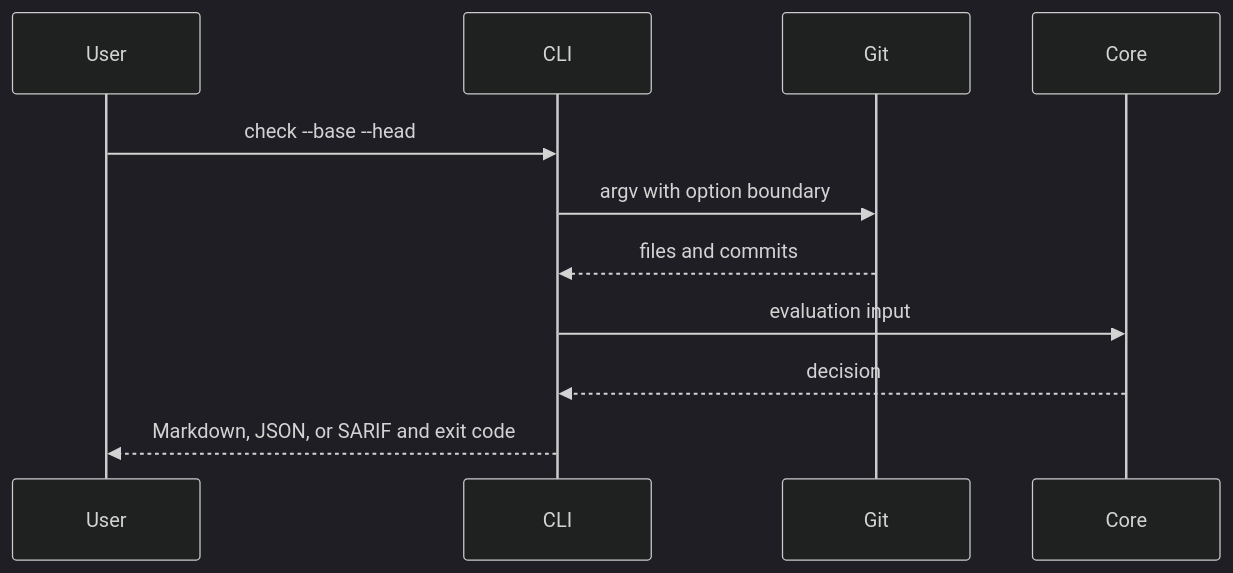
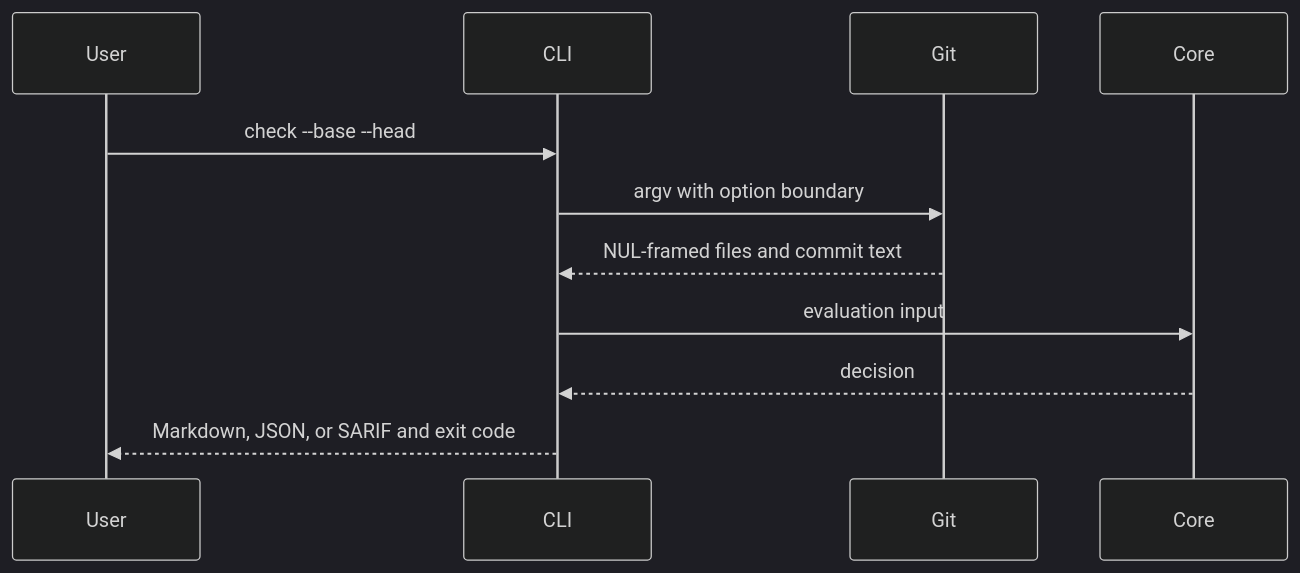
The second of 4 diagrams in packages/cli/AGENTS.md (streamentry/AGENTOWNERS), drawn with Mermaid (dark theme) before and after one commit. The commit also changed other lines of this file and 13 other files, not shown here.

Commit message:
fix(cli): preserve adversarial Git paths

````diff
--- a/packages/cli/AGENTS.md
+++ b/packages/cli/AGENTS.md
@@ -33,13 +36,13 @@
 ```mermaid
 sequenceDiagram
   participant User
   participant CLI
   participant Git
   participant Core
   User->>CLI: check --base --head
   CLI->>Git: argv with option boundary
-  Git-->>CLI: files and commits
+  Git-->>CLI: NUL-framed files and commit text
   CLI->>Core: evaluation input
   Core-->>CLI: decision
   CLI-->>User: Markdown, JSON, or SARIF and exit code
 ```
````
